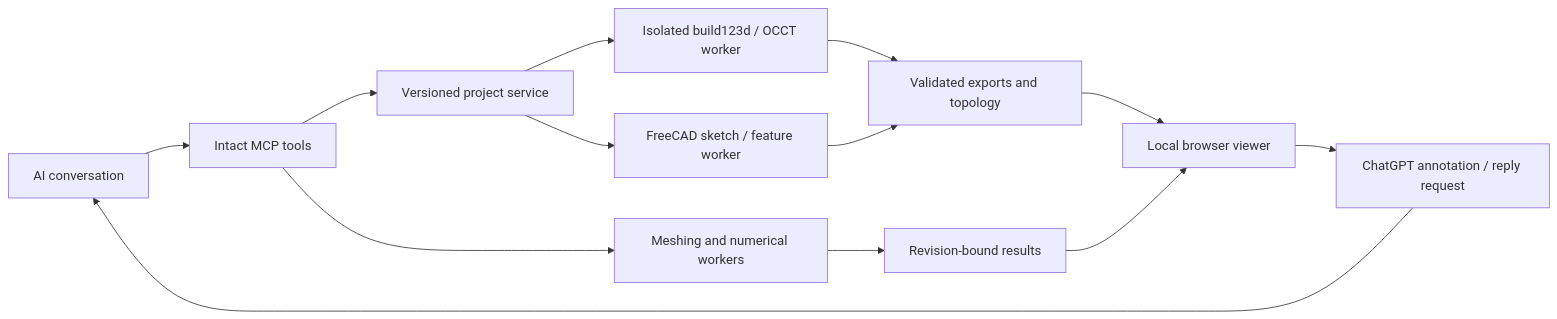
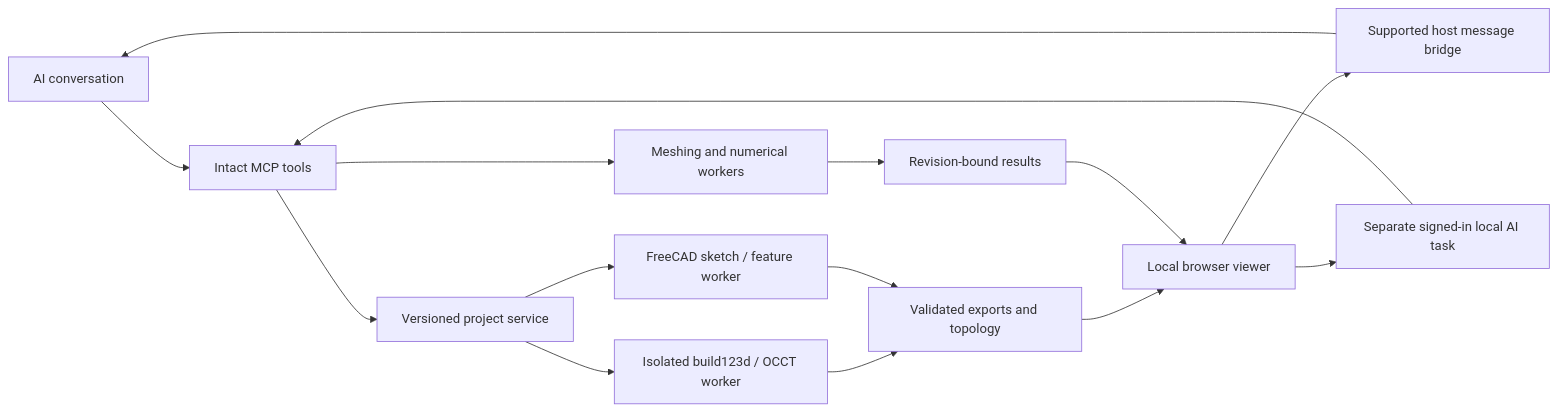
The diagram in docs/architecture.md (mnswba/Intact-Simulation), drawn with Mermaid before and after one commit. The commit also changed other lines of this file and 13 other files, not shown here.

Commit message:
Redesign repository homepage with CAD animation and architecture guide

````diff
--- a/docs/architecture.md
+++ b/docs/architecture.md
@@ -5,15 +7,17 @@
 ```mermaid
 flowchart LR
     Chat[AI conversation] --> MCP[Intact MCP tools]
     MCP --> Projects[Versioned project service]
     Projects --> CAD[Isolated build123d / OCCT worker]
     Projects --> Features[FreeCAD sketch / feature worker]
     MCP --> Engineering[Meshing and numerical workers]
     CAD --> Artifacts[Validated exports and topology]
     Features --> Artifacts
     Engineering --> Results[Revision-bound results]
     Artifacts --> Viewer[Local browser viewer]
     Results --> Viewer
-    Viewer --> Annotation[ChatGPT annotation / reply request]
-    Annotation --> Chat
+    Viewer --> Bridge[Supported host message bridge]
+    Bridge --> Chat
+    Viewer --> Scoped[Separate signed-in local AI task]
+    Scoped --> MCP
 ```
````
